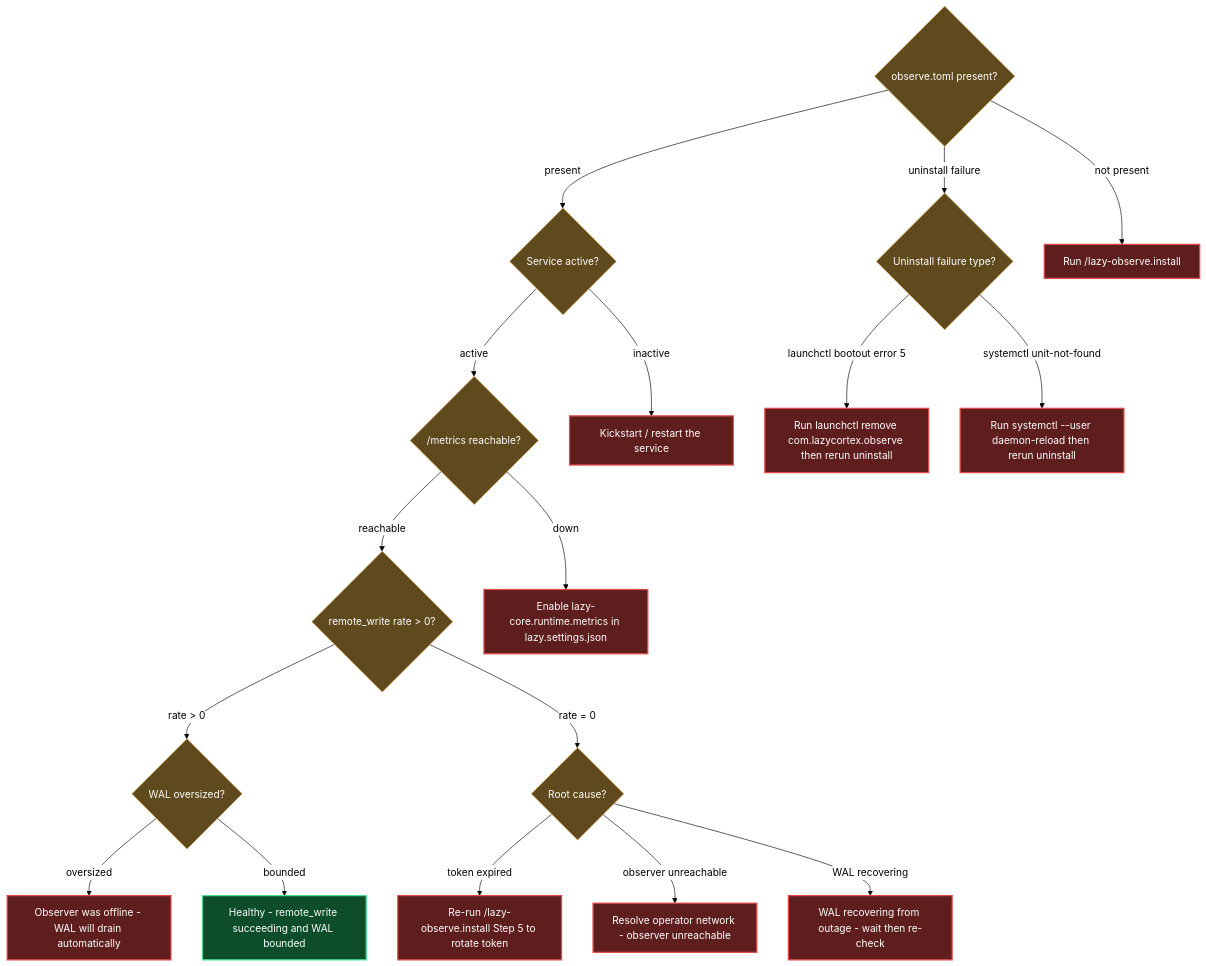
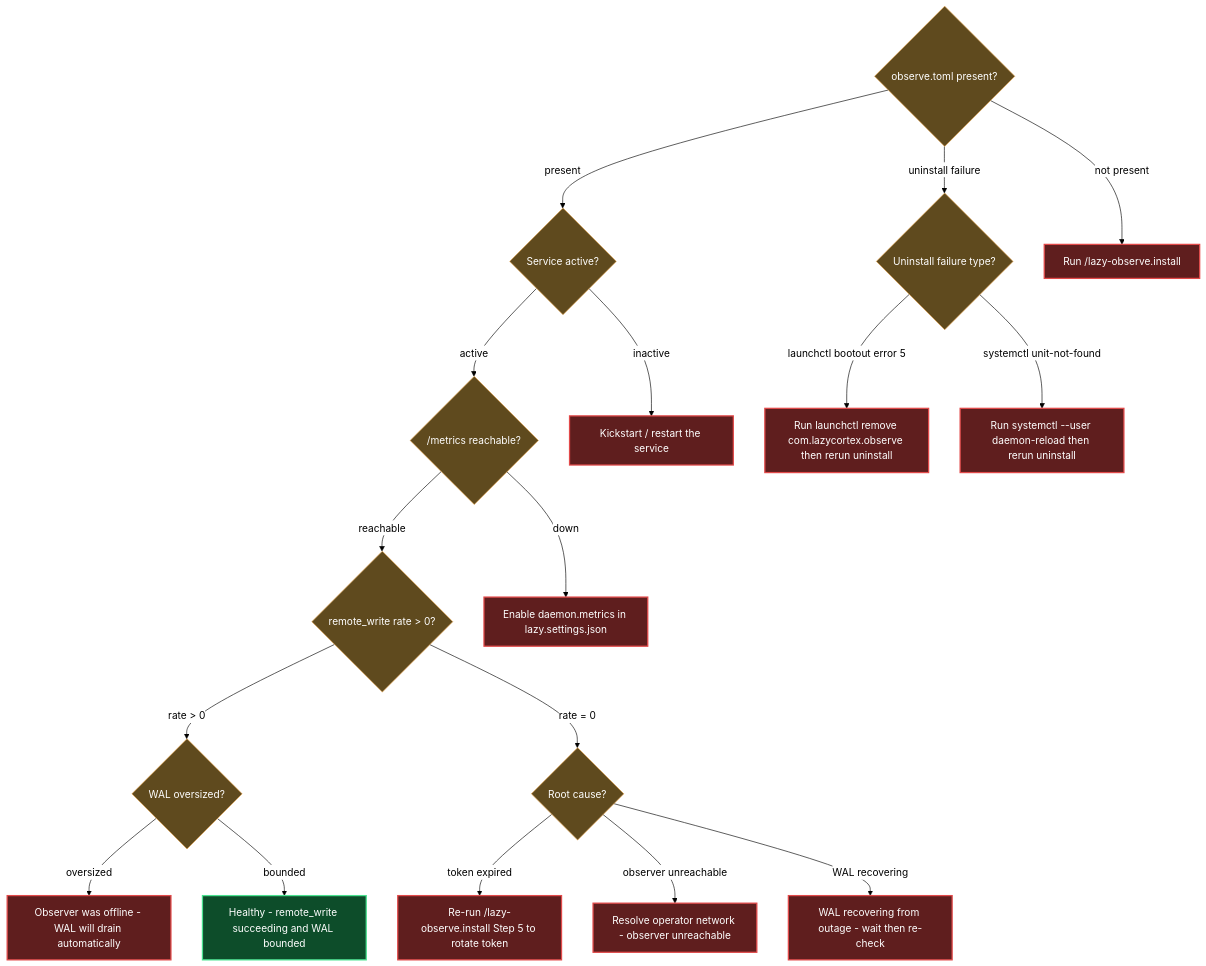
The diagram in claude/lazycortex-observe/help/troubleshooting.md (mebius-san/lazy-cortex), drawn with Mermaid before and after one commit. The commit also changed other lines of this file and 182 other files, not shown here.

First line of the commit message:
publish: core 5.0.0, diagram 1.0.12, experts 0.2.1, observe 0.1.7, obsidian 2.1.1, python 1.5.0, wiki 1.2.0

````diff
--- a/claude/lazycortex-observe/help/troubleshooting.md
+++ b/claude/lazycortex-observe/help/troubleshooting.md
@@ -158,61 +159,61 @@
 ```mermaid
 %%{init: {'themeVariables':{'lineColor':'#000','textColor':'#000','edgeLabelBackground':'#fff'},'themeCSS':'.edgeLabel{background-color:transparent!important}.edgeLabel p{background-color:transparent!important}','flowchart':{'diagramPadding':5,'useMaxWidth':true}}}%%
 flowchart TD
   isInstalled{observe.toml present?}
   isActive{Service active?}
   isReachable{/metrics reachable?}
   hasRemoteWrite{remote_write rate > 0?}
   walSized{WAL oversized?}
   zeroRateCause{Root cause?}
   uninstallFail{Uninstall failure type?}
 
   fixInstall[Run /lazy-observe.install]
   fixRestart[Kickstart / restart the service]
-  fixMetrics[Enable lazy-core.runtime.metrics in lazy.settings.json]
+  fixMetrics[Enable daemon.metrics in lazy.settings.json]
   fixToken[Re-run /lazy-observe.install Step 5 to rotate token]
   fixNetwork[Resolve operator network - observer unreachable]
   fixWAL[WAL recovering from outage - wait then re-check]
   walDrain[Observer was offline - WAL will drain automatically]
   healthy[Healthy - remote_write succeeding and WAL bounded]
   fixLaunchctl[Run launchctl remove com.lazycortex.observe then rerun uninstall]
   fixSystemd[Run systemctl --user daemon-reload then rerun uninstall]
 
   isInstalled -->|not present| fixInstall
   isInstalled -->|present| isActive
   isInstalled -->|uninstall failure| uninstallFail
   isActive -->|inactive| fixRestart
   isActive -->|active| isReachable
   isReachable -->|down| fixMetrics
   isReachable -->|reachable| hasRemoteWrite
   hasRemoteWrite -->|rate > 0| walSized
   hasRemoteWrite -->|rate = 0| zeroRateCause
   zeroRateCause -->|token expired| fixToken
   zeroRateCause -->|observer unreachable| fixNetwork
   zeroRateCause -->|WAL recovering| fixWAL
   walSized -->|oversized| walDrain
   walSized -->|bounded| healthy
   uninstallFail -->|launchctl bootout error 5| fixLaunchctl
   uninstallFail -->|systemctl unit-not-found| fixSystemd
 
   classDef guard fill:#5f4a1e,stroke:#e2a14a,color:#fff
   classDef success fill:#0d4d2a,stroke:#4ae290,color:#fff,stroke-width:2px
   classDef error fill:#5f1e1e,stroke:#e24a4a,color:#fff,stroke-width:2px
 
   class isInstalled guard
   class isActive guard
   class isReachable guard
   class hasRemoteWrite guard
   class walSized guard
   class zeroRateCause guard
   class uninstallFail guard
   class healthy success
   class fixInstall error
   class fixRestart error
   class fixMetrics error
   class fixToken error
   class fixNetwork error
   class fixWAL error
   class walDrain error
   class fixLaunchctl error
   class fixSystemd error
 ```
````
